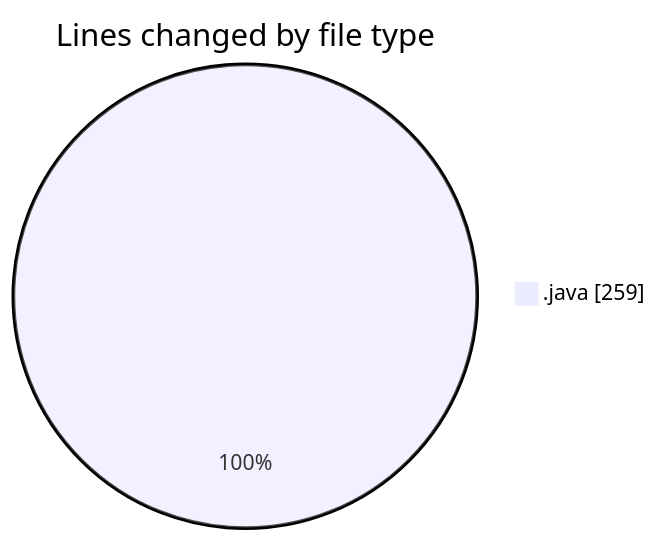
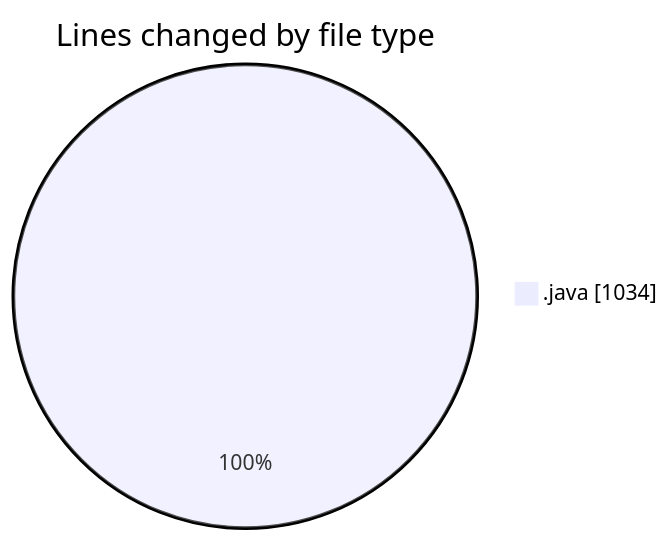
Before and after one commit to charlie-sans/code-tracking: the first of 2 diagrams in 2025-02-23/micros/README.md, drawn with Mermaid. The commit also changed other lines of this file and 1 other file, not shown here.

````diff
--- a/2025-02-23/micros/README.md
+++ b/2025-02-23/micros/README.md
@@ -20,5 +22,5 @@
 ```mermaid
 pie showData
 title Lines changed by file type
-".java" : 259
+".java" : 1034
 ```
````
